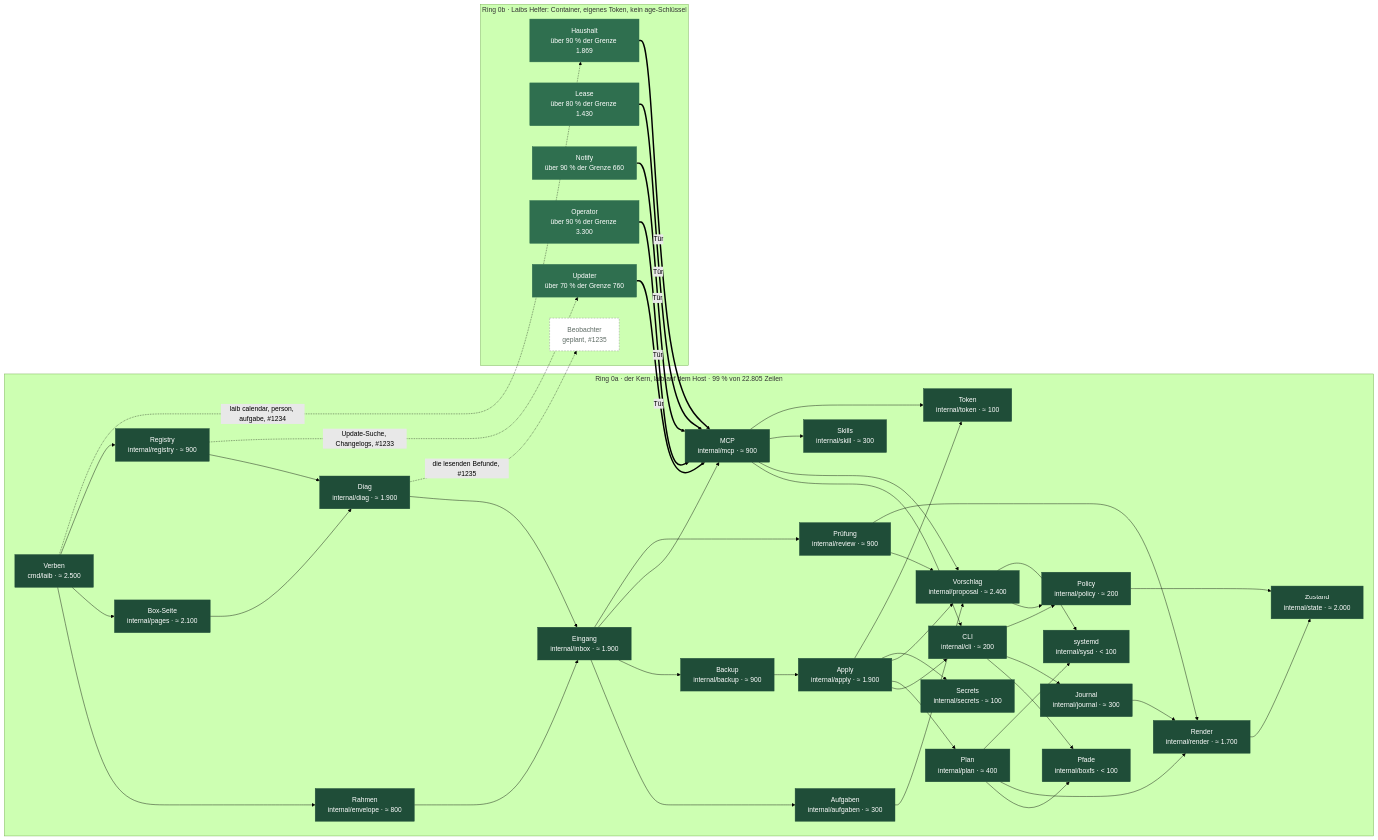
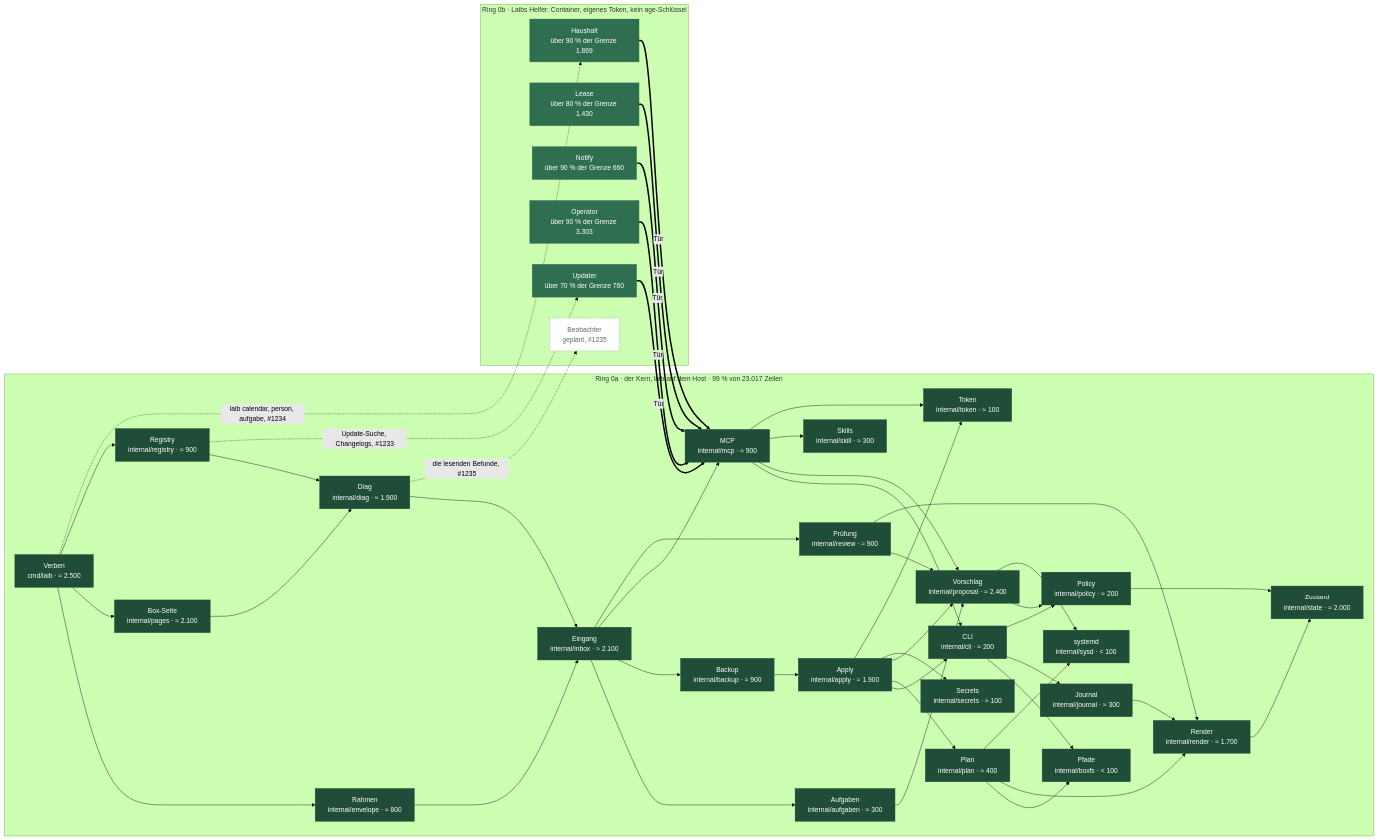
Before and after one commit to mdopp/laib: the fourth of 5 diagrams in docs/C4.md, drawn with Mermaid (forest theme). The commit also changed other lines of this file and 38 other files, not shown here.

First line of the commit message:
feat(inbox): the Operator puts a choice on one card (ADR 0036) (#1280)

```diff
--- a/docs/C4.md
+++ b/docs/C4.md
@@ -238,7 +238,7 @@
   classDef s1 fill:#e2efe7,stroke:#2f6f4f,color:#1c1f1d
   classDef s2 fill:#cfe3d6,stroke:#2f6f4f,color:#1c1f1d
   classDef plan fill:#fff,stroke:#8a918c,color:#5d6a63,stroke-dasharray:4 3
-  subgraph r0a["Ring 0a · der Kern, laib auf dem Host · 99 % von 22.805 Zeilen"]
+  subgraph r0a["Ring 0a · der Kern, laib auf dem Host · 99 % von 23.017 Zeilen"]
     k_cmd_laib["Verben<br/>cmd/laib · ≈ 2.500"]:::kern
     k_internal_apply["Apply<br/>internal/apply · ≈ 1.900"]:::kern
     k_internal_aufgaben["Aufgaben<br/>internal/aufgaben · ≈ 300"]:::kern
@@ -247,7 +247,7 @@
     k_internal_cli["CLI<br/>internal/cli · ≈ 200"]:::kern
     k_internal_diag["Diag<br/>internal/diag · ≈ 1.900"]:::kern
     k_internal_envelope["Rahmen<br/>internal/envelope · ≈ 800"]:::kern
-    k_internal_inbox["Eingang<br/>internal/inbox · ≈ 1.900"]:::kern
+    k_internal_inbox["Eingang<br/>internal/inbox · ≈ 2.100"]:::kern
     k_internal_journal["Journal<br/>internal/journal · ≈ 300"]:::kern
     k_internal_mcp["MCP<br/>internal/mcp · ≈ 900"]:::kern
     k_internal_pages["Box-Seite<br/>internal/pages · ≈ 2.100"]:::kern
@@ -267,7 +267,7 @@
     p_haushalt["Haushalt<br/>über 90 % der Grenze 1.869"]:::helfer
     p_lease["Lease<br/>über 80 % der Grenze 1.430"]:::helfer
     p_notify["Notify<br/>über 90 % der Grenze 660"]:::helfer
-    p_operator["Operator<br/>über 90 % der Grenze 3.300"]:::helfer
+    p_operator["Operator<br/>über 90 % der Grenze 3.303"]:::helfer
     p_updater["Updater<br/>über 70 % der Grenze 760"]:::helfer
     z_beobachter["Beobachter<br/>geplant, #1235"]:::plan
   end
```
